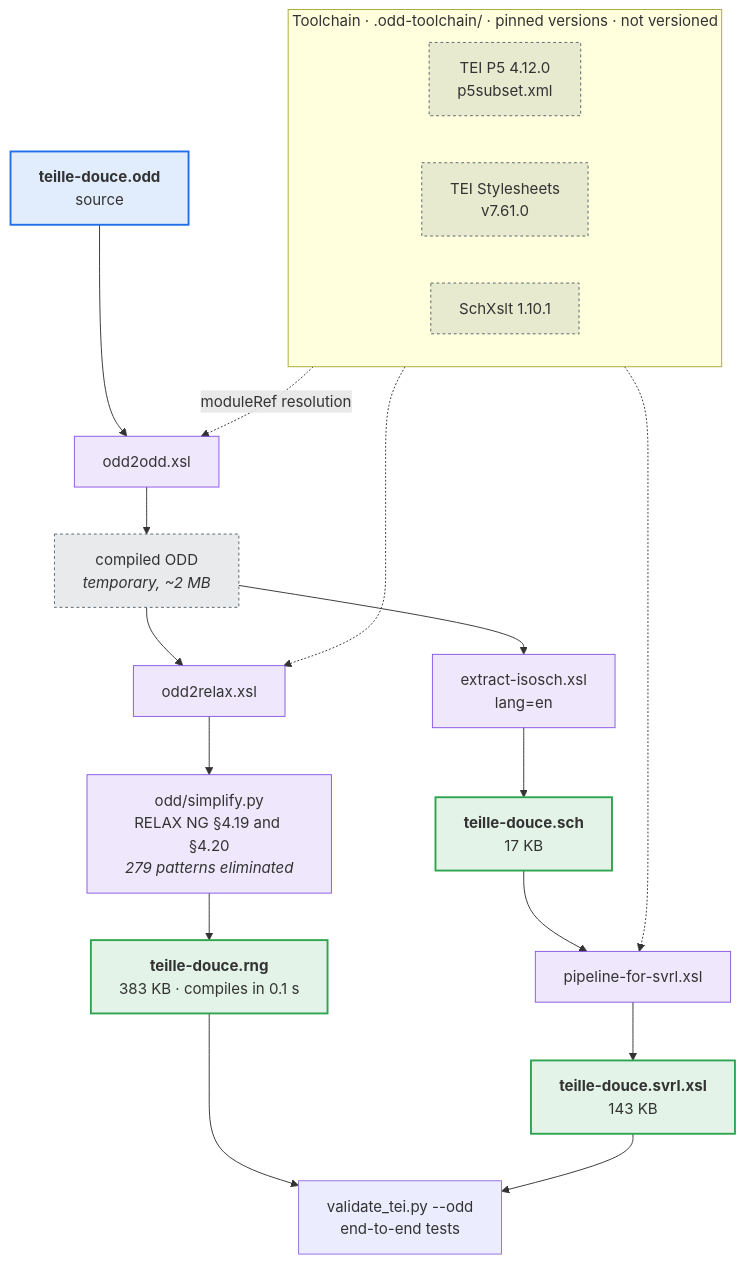
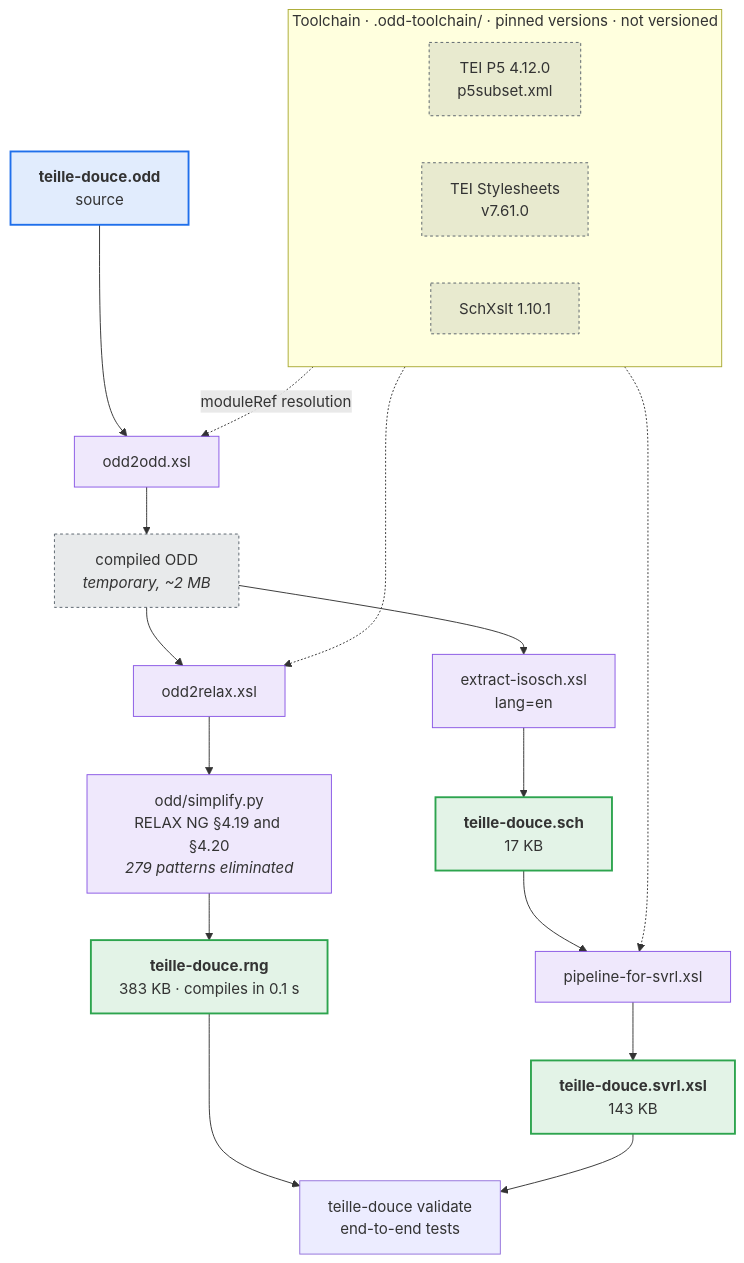
One commit to Grand-Siecle/TEIlle-douce changed the diagram in schema/README.md. Above: the diagram before and after it, drawn with Mermaid. The commit also changed other lines of this file and 5 other files, not shown here.

````diff
--- a/schema/README.md
+++ b/schema/README.md
@@ -54,41 +54,41 @@
 ```mermaid
 flowchart TB
     subgraph outils["Toolchain · .odd-toolchain/ · pinned versions · not versioned"]
         direction LR
         P5["TEI P5 4.12.0<br/>p5subset.xml"]
         STY["TEI Stylesheets<br/>v7.61.0"]
         SCHX["SchXslt 1.10.1"]
     end
 
     ODD["<b>teille-douce.odd</b><br/>source"]
     COMP["compiled ODD<br/><i>temporary, ~2 MB</i>"]
 
     ODD --> A1["odd2odd.xsl"]
     P5 -. "moduleRef resolution" .-> A1
     A1 --> COMP
 
     COMP --> B1["odd2relax.xsl"]
     COMP --> C1["extract-isosch.xsl<br/>lang=en"]
 
     B1 --> B2["odd/simplify.py<br/>RELAX NG §4.19 and §4.20<br/><i>279 patterns eliminated</i>"]
     B2 --> RNG["<b>teille-douce.rng</b><br/>383 KB · compiles in 0.1 s"]
 
     C1 --> SCH["<b>teille-douce.sch</b><br/>17 KB"]
     SCH --> D1["pipeline-for-svrl.xsl"]
     D1 --> SVRL["<b>teille-douce.svrl.xsl</b><br/>143 KB"]
 
     STY -. " " .-> B1
     SCHX -. " " .-> D1
 
-    RNG --> USE["validate_tei.py --odd<br/>end-to-end tests"]
+    RNG --> USE["teille-douce validate<br/>end-to-end tests"]
     SVRL --> USE
 
     classDef source fill:#1f6feb22,stroke:#1f6feb,stroke-width:2px
     classDef produit fill:#2da44e22,stroke:#2da44e,stroke-width:2px
     classDef etape fill:#8957e522,stroke:#8957e5
     classDef outil fill:#57606a22,stroke:#57606a,stroke-dasharray:3 3
     class ODD source
     class RNG,SCH,SVRL produit
     class A1,B1,B2,C1,D1 etape
     class P5,STY,SCHX,COMP outil
 ```
````
